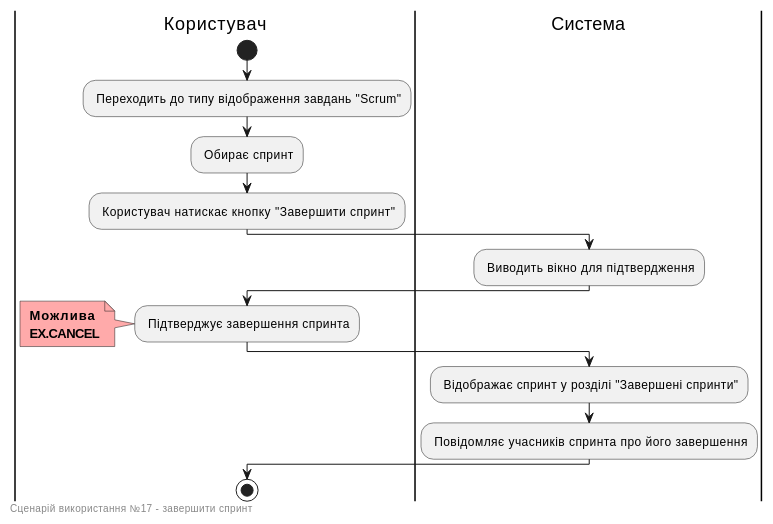
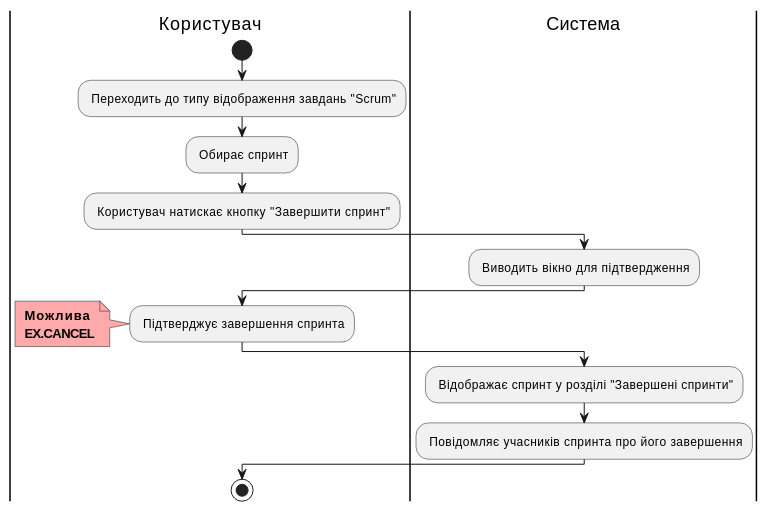
Before and after one commit to edu-db/edu_db_labs: diagram 15 of 15 in docs/use cases/README.md, drawn with PlantUML. The commit also changed other lines of this file and 1 other file, not shown here.

```diff
--- a/docs/use cases/README.md
+++ b/docs/use cases/README.md
@@ -615,30 +685,26 @@
 @startuml
 
     |Користувач|
         start
         : Переходить до типу відображення завдань "Scrum";
         : Обирає спринт;
         : Користувач натискає кнопку "Завершити спринт";
 
     |Система|
         : Виводить вікно для підтвердження;
 
     |Користувач|
         : Підтверджує завершення спринта;
         note left #ffaaaa
         <b> Можлива
         <b> EX.CANCEL
         end note
 
     |Система|
         : Відображає спринт у розділі "Завершені спринти";
         : Повідомляє учасників спринта про його завершення;
   
     |Користувач|
         stop;
 
-    left footer
-        Сценарій використання №17 - завершити спринт
-    end footer
-
 @enduml
```
